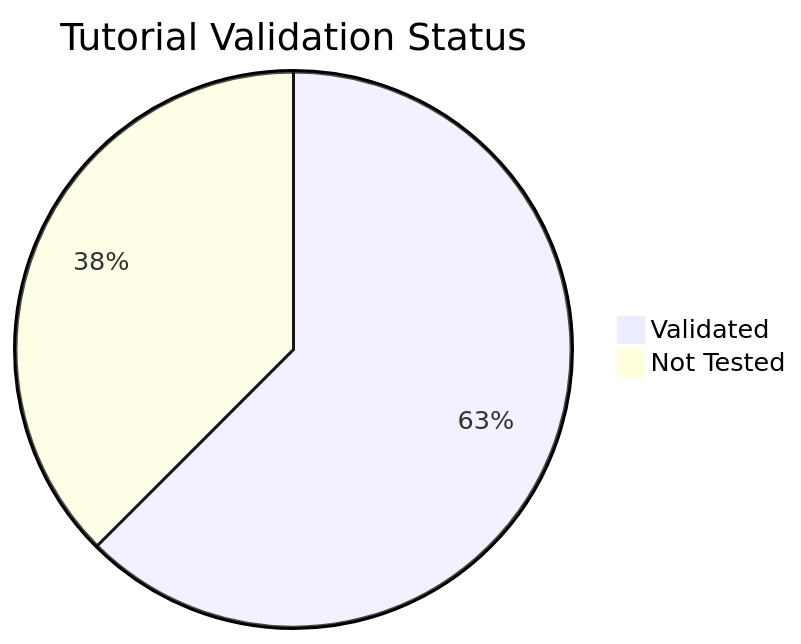
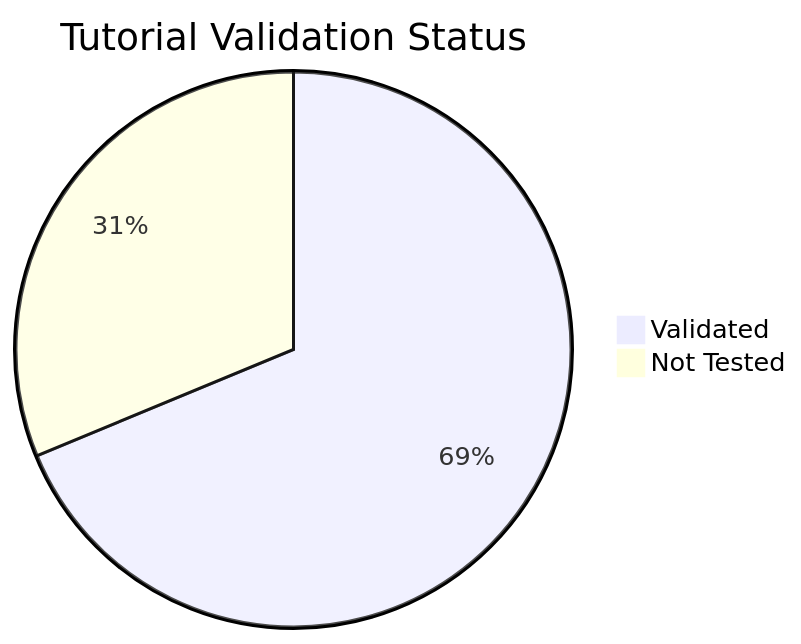
One commit to yeongseon/azure-functions-practical-guide changed the diagram in docs/reference/validation-status.md. Above: the diagram before and after it, drawn with Mermaid. The commit also changed other lines of this file and 7 other files, not shown here.

````diff
--- a/docs/reference/validation-status.md
+++ b/docs/reference/validation-status.md
@@ -17,5 +17,5 @@
 ```mermaid
 pie title Tutorial Validation Status
-    "Validated" : 70
-    "Not Tested" : 42
+    "Validated" : 77
+    "Not Tested" : 35
 ```
````
